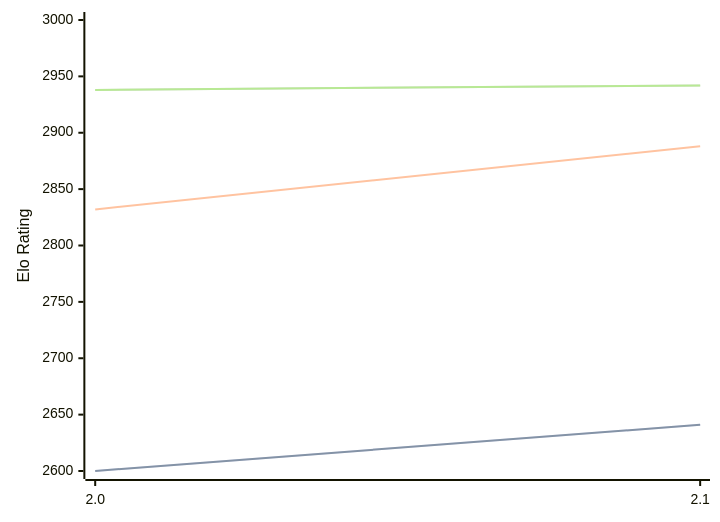
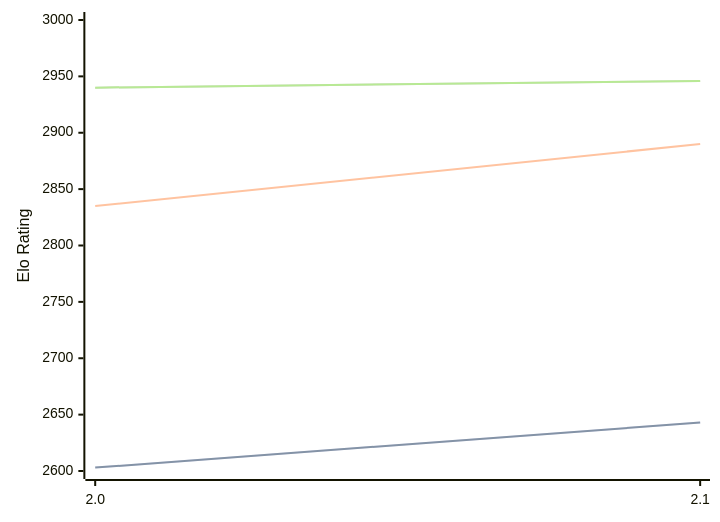
One commit to computer-chess-index/cci changed the diagram in engines/Noggin.md. Above: the diagram before and after it, drawn with Mermaid. The commit also changed other lines of this file, not shown here.

Commit message:
Update CCI Ratings (ELO VLTC) - 2026-09-24

````diff
--- a/engines/Noggin.md
+++ b/engines/Noggin.md
@@ -33,11 +33,11 @@
 ```mermaid
 %%{init: {"theme":"base","themeVariables":{"seriesColors:['#a3a3a3','#222221','#faa371']}}}%%
 xychart-beta
   x-axis ["2.0", "2.1"]
   y-axis "Elo Rating" 2600 --> 3000
-  line "" [2600, 2641]
-  line "STC (8.0+0.08s)" [2600, 2641]
-  line "LTC (60.0+0.60s)" [2832, 2888]
-  line "" [2938, 2942]
-  line "VLTC (2m24s+1.12s)" [2938, 2942]
+  line "" [2603, 2643]
+  line "STC (8.0+0.08s)" [2603, 2643]
+  line "LTC (60.0+0.60s)" [2835, 2890]
+  line "" [2940, 2946]
+  line "VLTC (2m24s+1.12s)" [2940, 2946]
 ```
````
